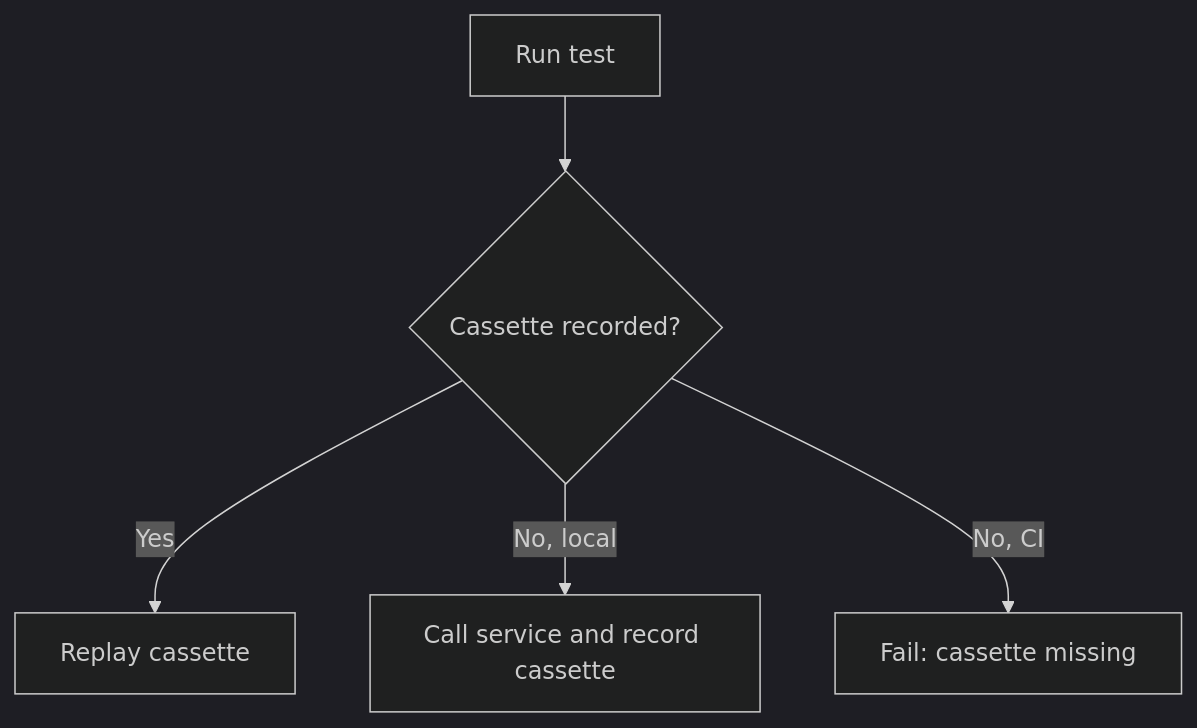
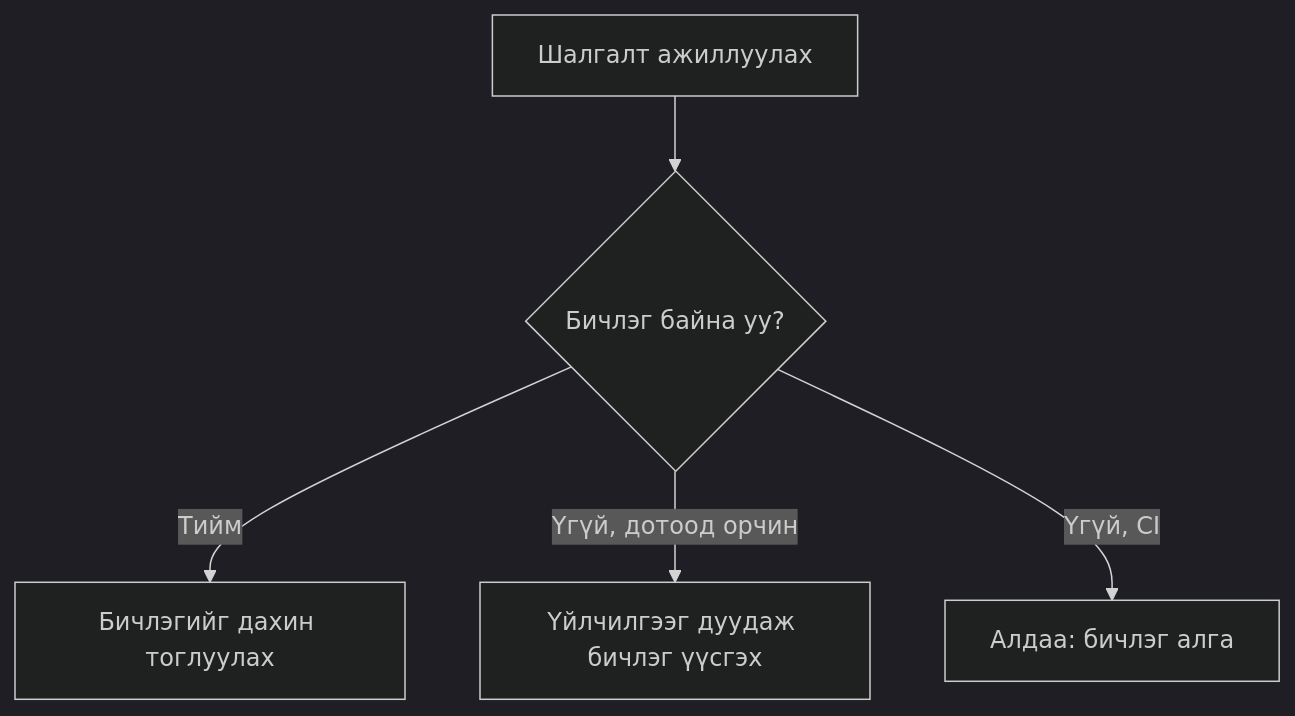
Before and after one commit to sergei10a-rgb/mongolgpt: the diagram in packages/http-recorder/README.md, drawn with Mermaid (dark theme). The commit also changed other lines of this file and 9 other files, not shown here.

````diff
--- a/packages/http-recorder/README.md
+++ b/packages/http-recorder/README.md
@@ -71,7 +71,7 @@
 ```mermaid
 flowchart TD
-  Run[Run test] --> Recorded{Cassette recorded?}
-  Recorded -->|Yes| Replay[Replay cassette]
-  Recorded -->|No, local| Record[Call service and record cassette]
-  Recorded -->|No, CI| Fail[Fail: cassette missing]
+  Run[Шалгалт ажиллуулах] --> Recorded{Бичлэг байна уу?}
+  Recorded -->|Тийм| Replay[Бичлэгийг дахин тоглуулах]
+  Recorded -->|Үгүй, дотоод орчин| Record[Үйлчилгээг дуудаж бичлэг үүсгэх]
+  Recorded -->|Үгүй, CI| Fail[Алдаа: бичлэг алга]
 ```
````
